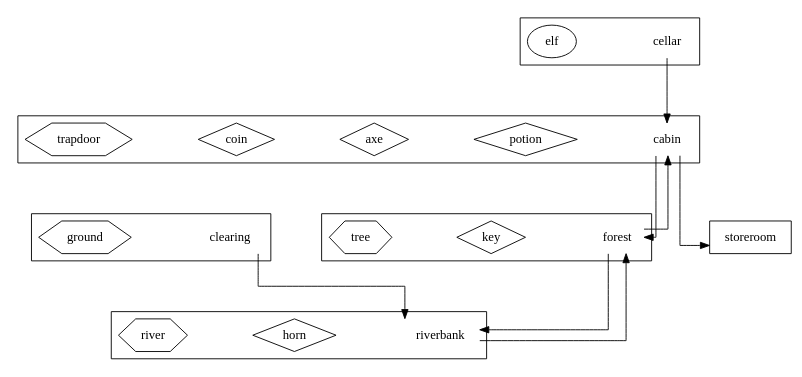
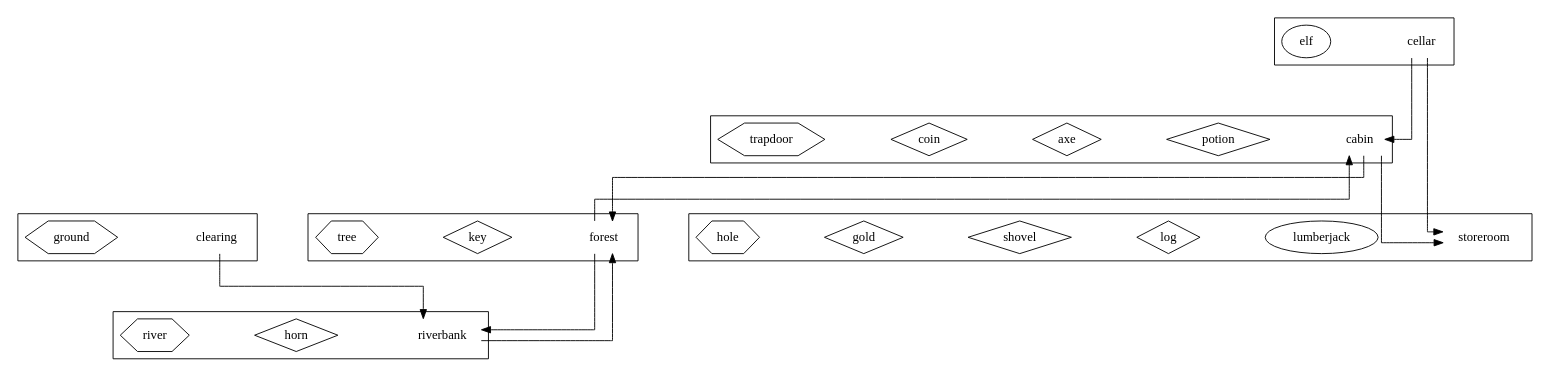
The diagram in cw-stag/config/custom-entities.dot (mihirgandecha/JAVA-CW-2023), drawn with Graphviz before and after one commit. The commit also changed 4 other files, not shown here.

```diff
--- a/cw-stag/config/custom-entities.dot
+++ b/cw-stag/config/custom-entities.dot
@@ -1,81 +1,100 @@
 digraph layout {
     /* ortho splines just makes the arrows into straight lines (rather than curvy ones !) */
     splines = ortho;
     /* space everything out a bit to make it easier to see (for larger models) */
     graph [ranksep="1" nodesep="1"];
     node [shape = "rect"];
 
     subgraph locations {
 
         subgraph cluster001 {
             node [shape = "none"];
             cabin [description = "A log cabin in the woods"];
             subgraph artefacts {
                 node [shape = "diamond"];
                 potion [description = "A bottle of magic potion"];
                 axe [description = "A razor sharp axe"];
                 coin [description = "A silver coin"];
             }
             subgraph furniture {
                 node [shape = "hexagon"];
                 trapdoor [description = "A locked wooden trapdoor in the floor"];
             }
         }
 
         subgraph cluster002 {
             node [shape = "none"];
             forest [description = "A deep dark forest"];
             subgraph artefacts {
                 node [shape = "diamond"];
                 key [description = "A rusty old key"];
             }
             subgraph furniture {
                 node [shape = "hexagon"];
                 tree [description = "A tall pine tree"];
             }
         }
 
         subgraph cluster003 {
             node [shape = "none"];
             cellar [description = "A dusty cellar"]
             subgraph characters {
                 node [shape = "ellipse"];
                 elf [description = "An angry looking Elf"];
             }
         }
 
         subgraph cluster004 {
             node [shape = "none"];
             riverbank [description = "A grassy riverbank"]
             subgraph artefacts {
                 node [shape = "diamond"];
                 horn [description = "An old brass horn"];
             }
             subgraph furniture {
                 node [shape = "hexagon"];
                 river [description = "A fast flowing river"];
             }
         }
 
         subgraph cluster005 {
             node [shape = "none"];
             clearing [description = "A clearing in the woods"]
             subgraph furniture {
                 node [shape = "hexagon"];
                 ground [description = "It looks like the soil has been recently disturbed"];
             }
         }
 
+        subgraph cluster999 {
+        node [shape = "none"];
+        storeroom [description = "Storage for any entities not placed in the game"]
+        subgraph characters {
+        node [shape = "ellipse"];
+        lumberjack [description = "A burly wood cutter"];
+        }
+        subgraph artefacts {
+        node [shape = "diamond"];
+        log [description = "A heavy wooden log"];
+        shovel [description = "A sturdy shovel"];
+        gold [description = "A big pot of gold"];
+        }
+        subgraph furniture {
+        node [shape = "hexagon"];
+        hole [description = "A deep hole in the ground"];
+        }
+        }
     }
 
     subgraph paths {
         cabin -> forest;
         cabin -> storeroom;
         forest -> cabin;
         cellar -> cabin;
+        cellar -> storeroom;
         forest -> riverbank
         riverbank -> forest
         clearing -> riverbank
     }
 
 }
```
